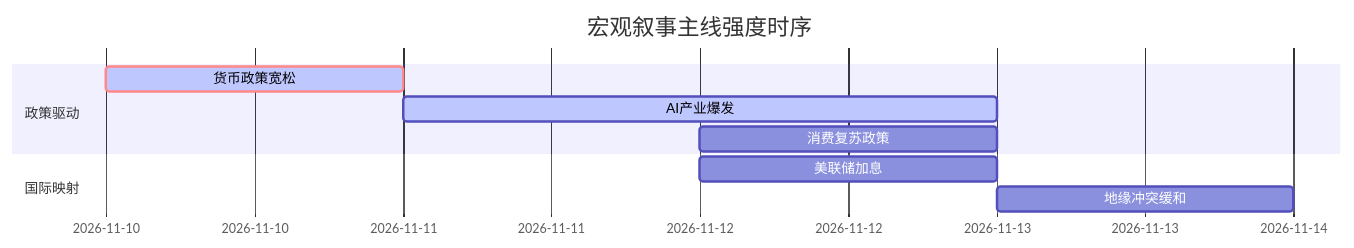
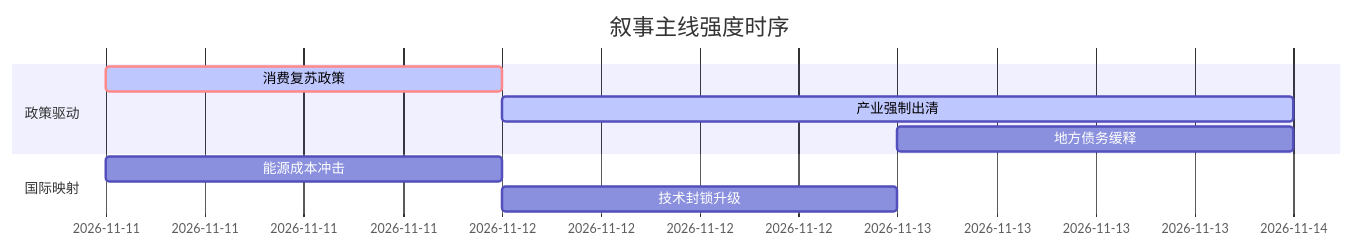
The diagram in 5day_report.md (uu5zn/uu5zn.github.io), drawn with Mermaid before and after one commit. The commit also changed other lines of this file and 23 other files, not shown here.

````diff
--- a/5day_report.md
+++ b/5day_report.md
@@ -67,13 +57,13 @@
 ```mermaid
 gantt
-    title 宏观叙事主线强度时序
+    title 叙事主线强度时序
     dateFormat  YYYY-MM-DD
     section 政策驱动
-    货币政策宽松   :crit, active, 2026-11-10, 1d
-    AI产业爆发   :active, 2026-11-11, 2d
-    消费复苏政策   :2026-11-12, 1d
+    消费复苏政策   :crit, active, 2026-11-11, 1d
+    产业强制出清   :active, 2026-11-12, 2d
+    地方债务缓释   :2026-11-13, 1d
     
     section 国际映射
-    美联储加息   :2026-11-12, 1d
-    地缘冲突缓和   :2026-11-13, 1d
+    能源成本冲击   :2026-11-11, 1d
+    技术封锁升级   :2026-11-12, 1d
 ```
````
